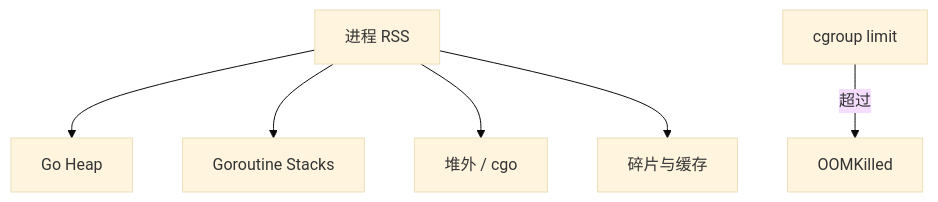
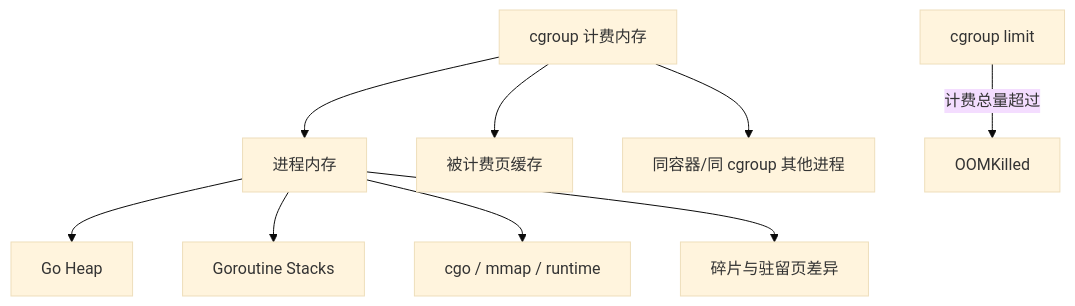
The diagram in docs/interview/02-memory-gc/S-MEM-09-oom-debug.md (twodog-tt/Golang-development-manual), drawn with Mermaid (base theme) before and after one commit. The commit also changed other lines of this file and 49 other files, not shown here.

````diff
--- a/docs/interview/02-memory-gc/S-MEM-09-oom-debug.md
+++ b/docs/interview/02-memory-gc/S-MEM-09-oom-debug.md
@@ -43,8 +67,11 @@
 ```mermaid
 flowchart TB
-  RSS[进程 RSS] --> Heap[Go Heap]
-  RSS --> Stack[Goroutine Stacks]
-  RSS --> Off[堆外 / cgo]
-  RSS --> Frag[碎片与缓存]
-  Limit[cgroup limit] -->|超过| OOM[OOMKilled]
+  Charge["cgroup 计费内存"] --> Proc["进程内存"]
+  Charge --> Cache["被计费页缓存"]
+  Charge --> Sidecar["同容器/同 cgroup 其他进程"]
+  Proc --> Heap["Go Heap"]
+  Proc --> Stack["Goroutine Stacks"]
+  Proc --> Off["cgo / mmap / runtime"]
+  Proc --> Frag["碎片与驻留页差异"]
+  Limit[cgroup limit] -->|计费总量超过| OOM[OOMKilled]
 ```
````
